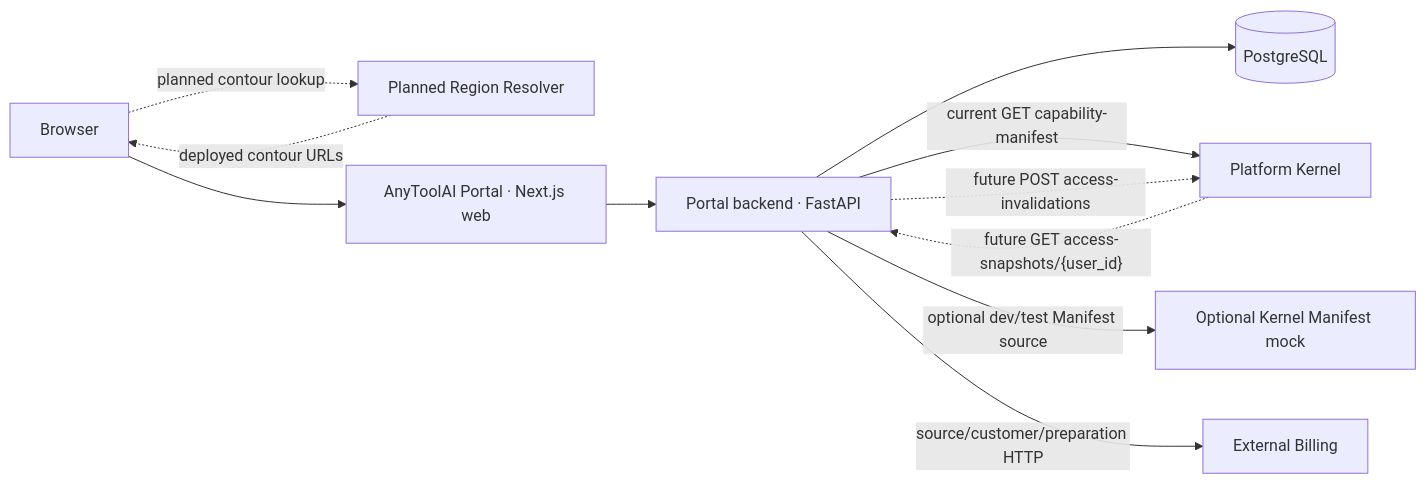
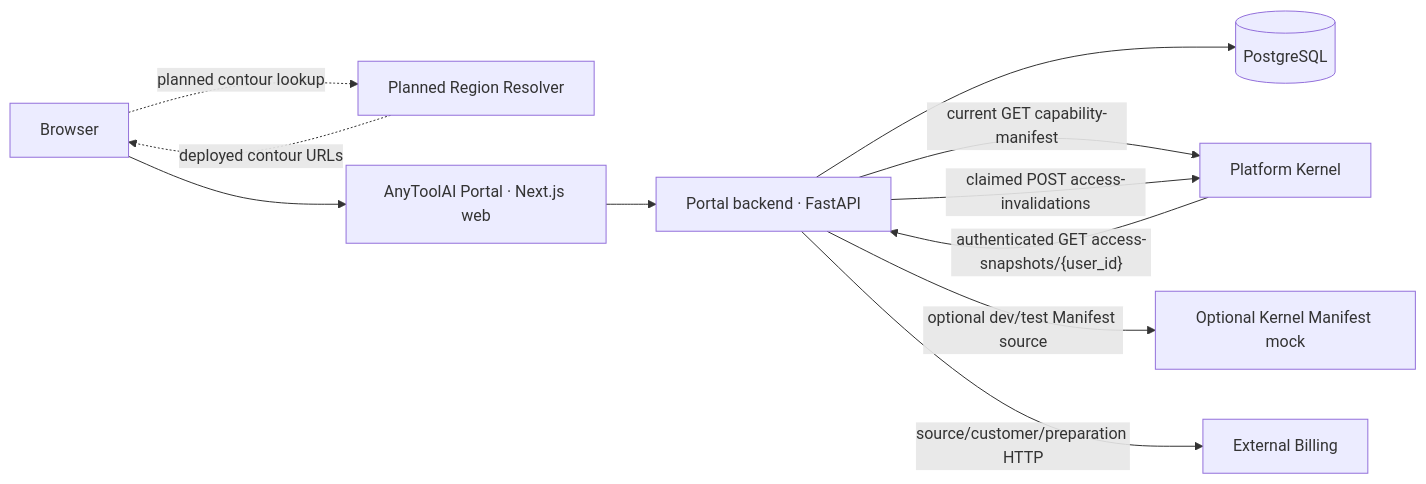
Before and after one commit to gushinets/payments-portal: the diagram in ARCHITECTURE.md, drawn with Mermaid. The commit also changed other lines of this file and 40 other files, not shown here.

Commit message:
ANY-766 - Deliver durable access invalidations

````diff
--- a/ARCHITECTURE.md
+++ b/ARCHITECTURE.md
@@ -40,13 +42,13 @@
 ```mermaid
 flowchart LR
   Browser -. "planned contour lookup" .-> Resolver["Planned Region Resolver"]
   Resolver -. "deployed contour URLs" .-> Browser
   Browser --> Web["AnyToolAI Portal · Next.js web"]
   Web --> API["Portal backend · FastAPI"]
   API --> DB[("PostgreSQL")]
   API -->|"current GET capability-manifest"| Kernel["Platform Kernel"]
-  Kernel -. "future GET access-snapshots/{user_id}" .-> API
-  API -. "future POST access-invalidations" .-> Kernel
+  Kernel -->|"authenticated GET access-snapshots/{user_id}"| API
+  API -->|"claimed POST access-invalidations"| Kernel
   API -->|"optional dev/test Manifest source"| Mock["Optional Kernel Manifest mock"]
   API -->|"source/customer/preparation HTTP"| Billing["External Billing"]
 ```
````
